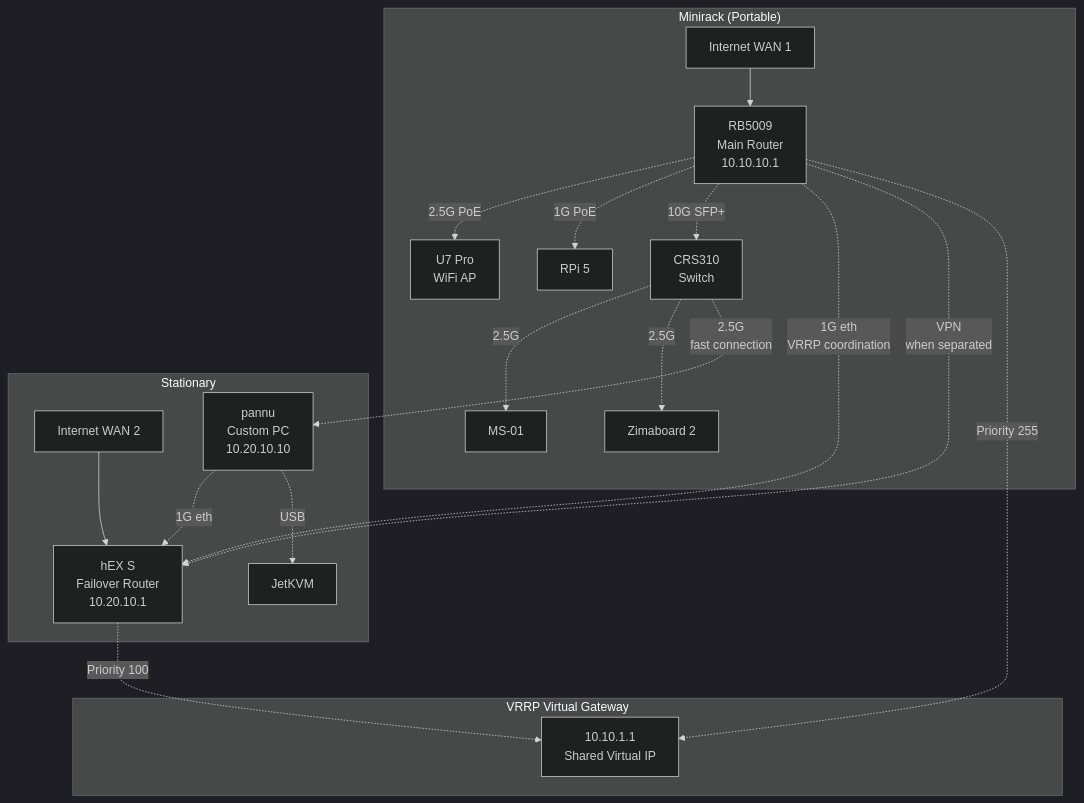
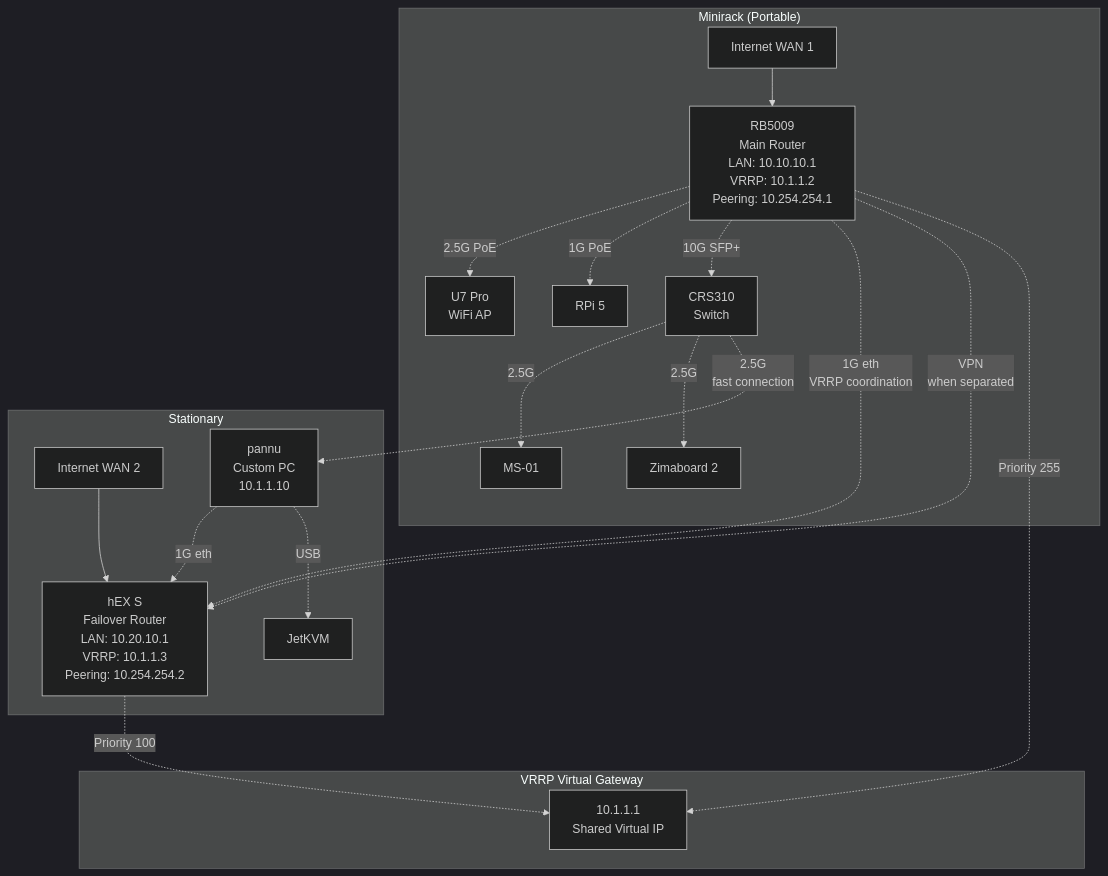
The diagram in local-networking/README.md (kahlstrm/infra), drawn with Mermaid (dark theme) before and after one commit. The commit also changed other lines of this file and 1 other file, not shown here.

````diff
--- a/local-networking/README.md
+++ b/local-networking/README.md
@@ -22,40 +23,40 @@
 ```mermaid
 graph TB
     subgraph "Minirack (Portable)"
         WAN1[Internet WAN 1]
-        RB5009[RB5009<br/>Main Router<br/>10.10.10.1]
+        RB5009[RB5009<br/>Main Router<br/>LAN: 10.10.10.1<br/>VRRP: 10.1.1.2<br/>Peering: 10.254.254.1]
         CRS310[CRS310<br/>Switch]
         U7[U7 Pro<br/>WiFi AP]
         RPI5[RPi 5]
         MS01[MS-01]
         ZIMA[Zimaboard 2]
 
         WAN1 --> RB5009
         RB5009 -.->|2.5G PoE| U7
         RB5009 -.->|1G PoE| RPI5
         RB5009 -.->|10G SFP+| CRS310
         CRS310 -.->|2.5G| MS01
         CRS310 -.->|2.5G| ZIMA
     end
 
     subgraph "Stationary"
         WAN2[Internet WAN 2]
-        HEXS[hEX S<br/>Failover Router<br/>10.20.10.1]
-        PANNU[pannu<br/>Custom PC<br/>10.20.10.10]
+        HEXS[hEX S<br/>Failover Router<br/>LAN: 10.20.10.1<br/>VRRP: 10.1.1.3<br/>Peering: 10.254.254.2]
+        PANNU[pannu<br/>Custom PC<br/>10.1.1.10]
         JETKVM[JetKVM]
 
         WAN2 --> HEXS
         PANNU -.->|1G eth| HEXS
         PANNU -.->|USB| JETKVM
     end
 
     RB5009 -.->|1G eth<br/>VRRP coordination| HEXS
     CRS310 -.->|2.5G<br/>fast connection| PANNU
     RB5009 -.->|VPN<br/>when separated| HEXS
 
     subgraph "VRRP Virtual Gateway"
-        VRRP[10.10.1.1<br/>Shared Virtual IP]
+        VRRP[10.1.1.1<br/>Shared Virtual IP]
         RB5009 -.->|Priority 255| VRRP
         HEXS -.->|Priority 100| VRRP
     end
 ```
````
